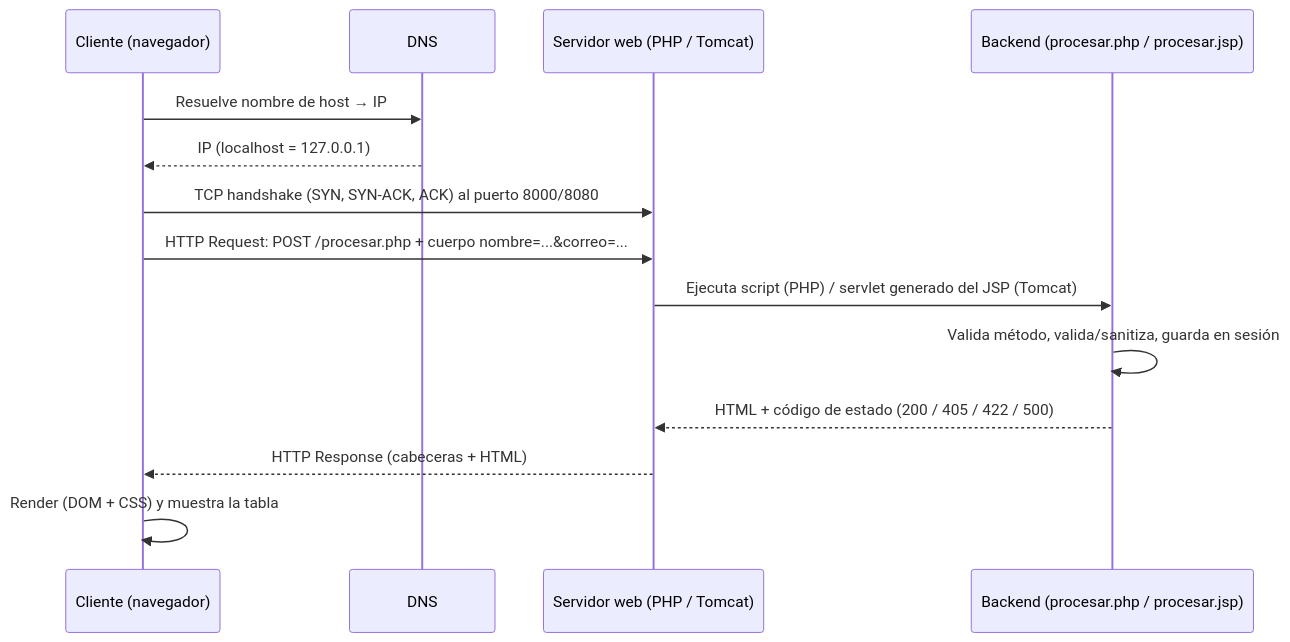
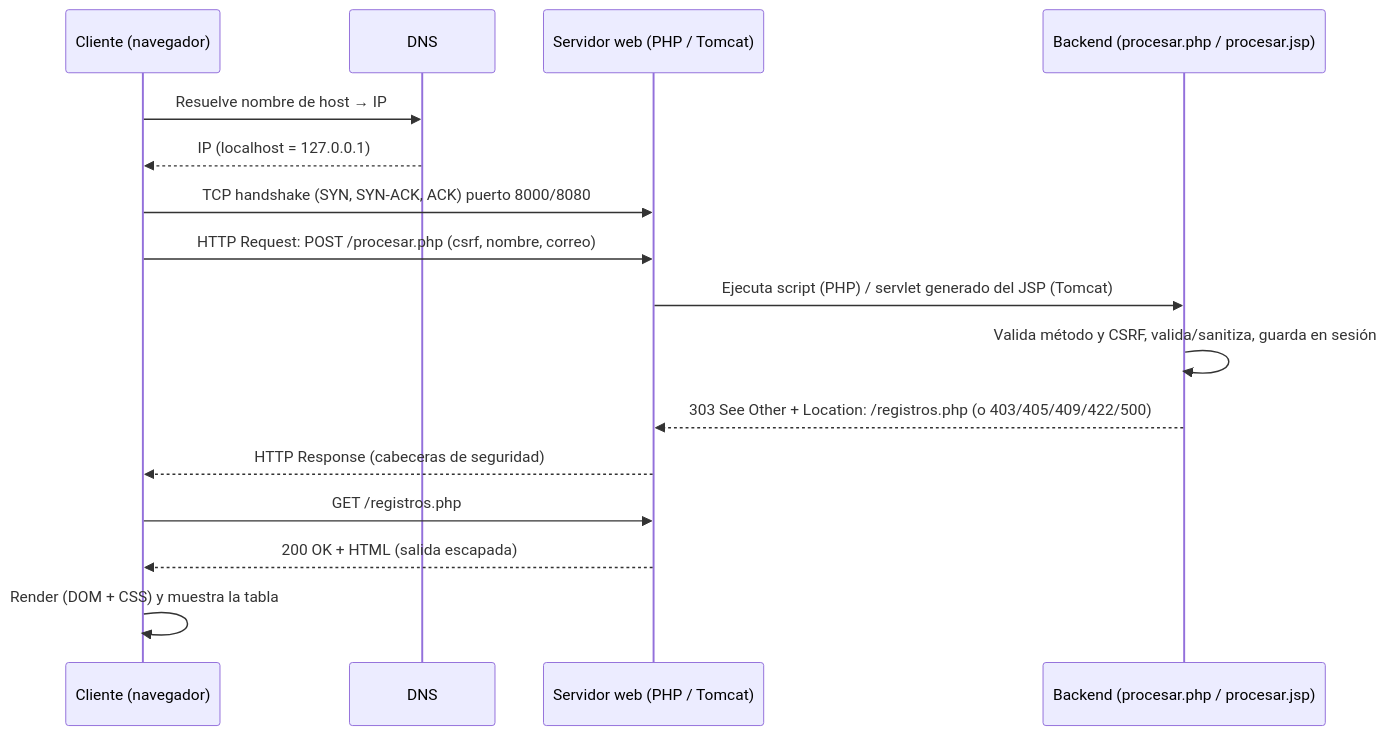
Before and after one commit to Anthony-Valencia/practica-02-semana-09-daw-hp: the diagram in README.md, drawn with Mermaid. The commit also changed other lines of this file and 20 other files, not shown here.

````diff
--- a/README.md
+++ b/README.md
@@ -67,16 +79,18 @@
 ```mermaid
 sequenceDiagram
     participant C as Cliente (navegador)
     participant D as DNS
     participant S as Servidor web (PHP / Tomcat)
     participant B as Backend (procesar.php / procesar.jsp)
     C->>D: Resuelve nombre de host → IP
     D-->>C: IP (localhost = 127.0.0.1)
-    C->>S: TCP handshake (SYN, SYN-ACK, ACK) al puerto 8000/8080
-    C->>S: HTTP Request: POST /procesar.php + cuerpo nombre=...&correo=...
+    C->>S: TCP handshake (SYN, SYN-ACK, ACK) puerto 8000/8080
+    C->>S: HTTP Request: POST /procesar.php (csrf, nombre, correo)
     S->>B: Ejecuta script (PHP) / servlet generado del JSP (Tomcat)
-    B->>B: Valida método, valida/sanitiza, guarda en sesión
-    B-->>S: HTML + código de estado (200 / 405 / 422 / 500)
-    S-->>C: HTTP Response (cabeceras + HTML)
+    B->>B: Valida método y CSRF, valida/sanitiza, guarda en sesión
+    B-->>S: 303 See Other + Location: /registros.php (o 403/405/409/422/500)
+    S-->>C: HTTP Response (cabeceras de seguridad)
+    C->>S: GET /registros.php
+    S-->>C: 200 OK + HTML (salida escapada)
     C->>C: Render (DOM + CSS) y muestra la tabla
 ```
````
